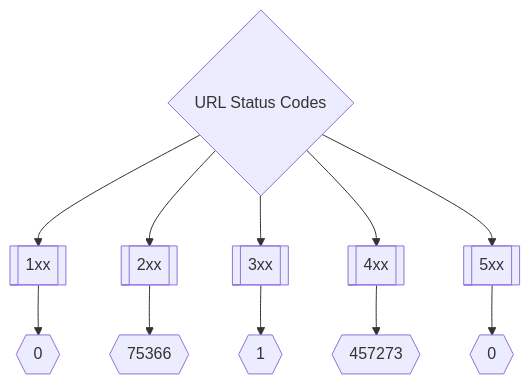
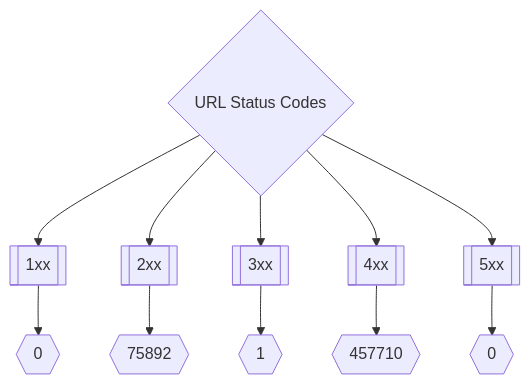
The second of 3 diagrams in README.md (trickest/inventory), drawn with Mermaid before and after one commit. The commit also changed other lines of this file, not shown here.

Commit message:
Update README.md Fri May 20 00:04:20 UTC 2022

````diff
--- a/README.md
+++ b/README.md
@@ -173,8 +173,8 @@
 ```mermaid
 graph TD
 title{URL Status Codes} --> 1xx[[1xx]] --> status1xxNum{{0}}
-title --> 2xx[[2xx]] --> status2xxNum{{75366}}
+title --> 2xx[[2xx]] --> status2xxNum{{75892}}
 title --> 3xx[[3xx]] --> status3xxNum{{1}}
-title --> 4xx[[4xx]] --> status4xxNum{{457273}}
+title --> 4xx[[4xx]] --> status4xxNum{{457710}}
 title --> 5xx[[5xx]] --> status5xxNum{{0}}
 ```
````
